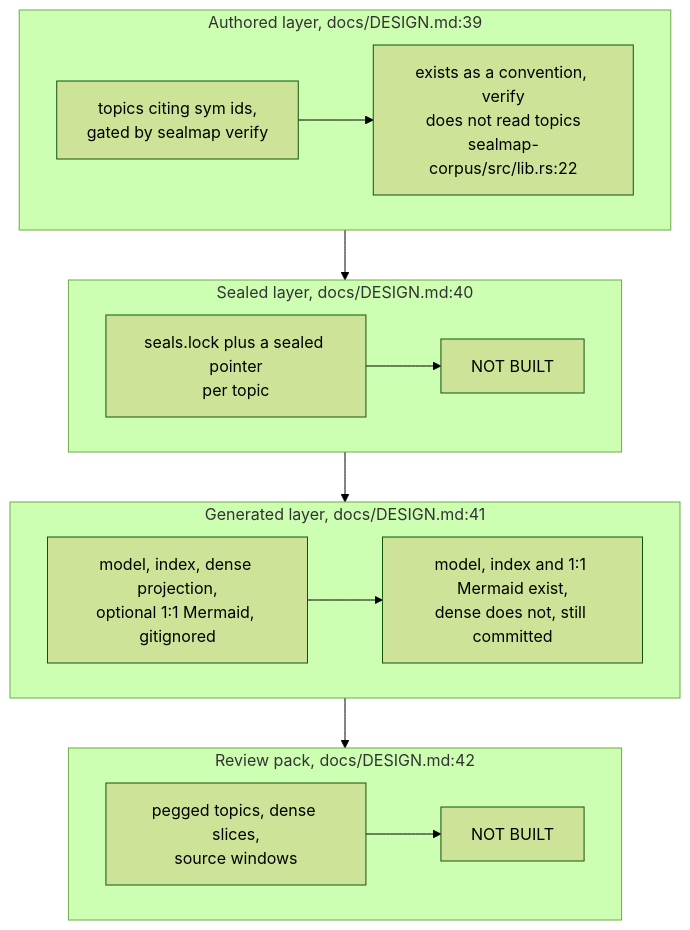
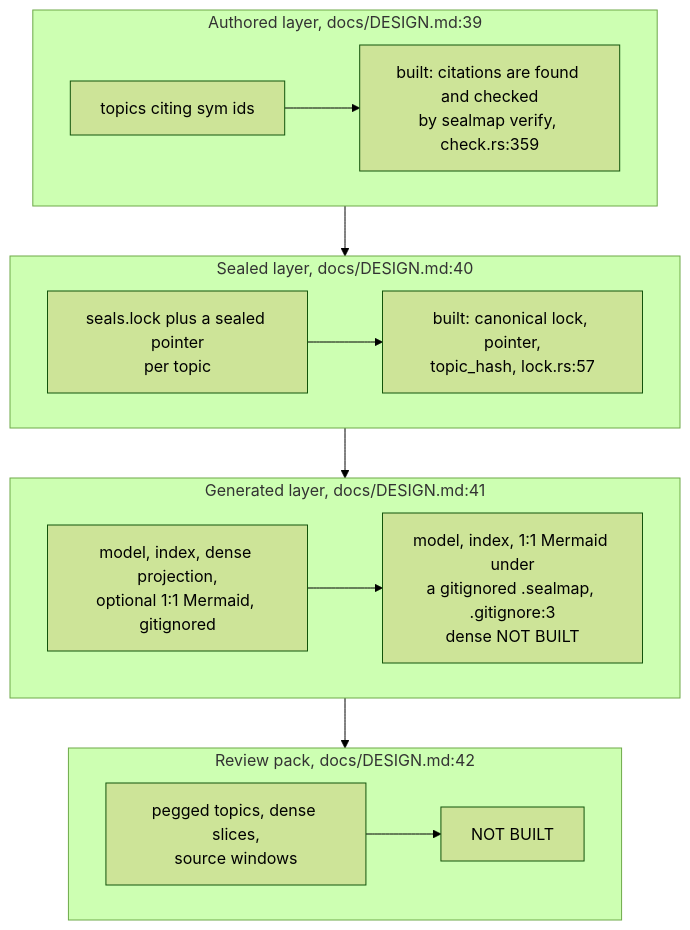
One commit to DreamLab-AI/codemaid changed the first of 6 diagrams in docs/diagrams/delivery/02-design-versus-code.md. Above: the diagram before and after it, drawn with Mermaid (forest theme). The commit also changed other lines of this file and 22 other files, not shown here.

First line of the commit message:
docs(diagrams): COR-04 and COR-05 for the seal surface; re-stamp every topic at ae478d9

````diff
--- a/docs/diagrams/delivery/02-design-versus-code.md
+++ b/docs/diagrams/delivery/02-design-versus-code.md
@@ -53,24 +52,24 @@
 ```mermaid
 flowchart TB
     subgraph AUTH["Authored layer, docs/DESIGN.md:39"]
-        A1["topics citing sym ids,<br/>gated by sealmap verify"]
-        A1S["exists as a convention, verify<br/>does not read topics<br/>sealmap-corpus/src/lib.rs:22"]
+        A1["topics citing sym ids"]
+        A1S["built: citations are found and checked<br/>by sealmap verify, check.rs:359"]
     end
     subgraph SEAL["Sealed layer, docs/DESIGN.md:40"]
         S1["seals.lock plus a sealed pointer<br/>per topic"]
-        S1S["NOT BUILT"]
+        S1S["built: canonical lock, pointer,<br/>topic_hash, lock.rs:57"]
     end
     subgraph GEN["Generated layer, docs/DESIGN.md:41"]
         G1["model, index, dense projection,<br/>optional 1:1 Mermaid, gitignored"]
-        G1S["model, index and 1:1 Mermaid exist,<br/>dense does not, still committed"]
+        G1S["model, index, 1:1 Mermaid under<br/>a gitignored .sealmap, .gitignore:3<br/>dense NOT BUILT"]
     end
     subgraph PACK["Review pack, docs/DESIGN.md:42"]
         P1["pegged topics, dense slices,<br/>source windows"]
         P1S["NOT BUILT"]
     end
     A1 --> A1S
     S1 --> S1S
     G1 --> G1S
     P1 --> P1S
     AUTH --> SEAL --> GEN --> PACK
 ```
````
